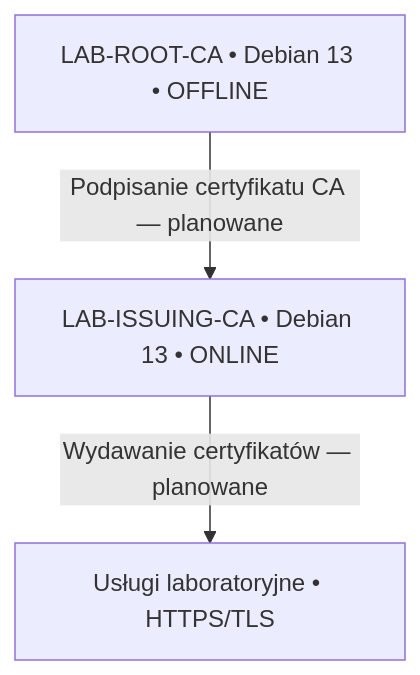
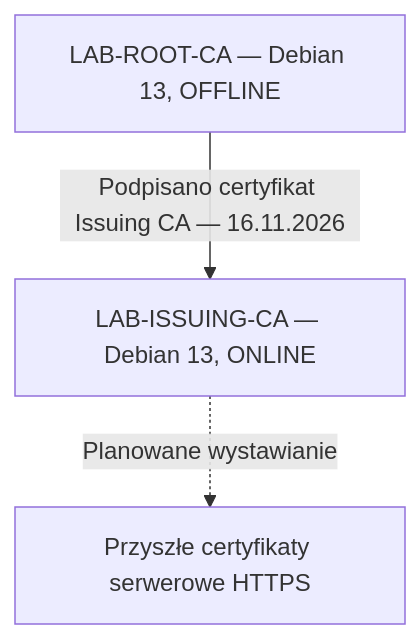
One commit to ctworzewski/home-it-lab changed the diagram in network-security/Certificates/01-Two-Tier-PKI-Deployment/README.md. Above: the diagram before and after it, drawn with Mermaid. The commit also changed other lines of this file and 15 other files, not shown here.

Commit message:
docs(pki): document offline Root CA and Issuing CA deployment

````diff
--- a/network-security/Certificates/01-Two-Tier-PKI-Deployment/README.md
+++ b/network-security/Certificates/01-Two-Tier-PKI-Deployment/README.md
@@ -15,8 +10,8 @@
 ```mermaid
-flowchart TD
-    ROOT["LAB-ROOT-CA • Debian 13 • OFFLINE"]
-    ISS["LAB-ISSUING-CA • Debian 13 • ONLINE"]
-    SRV["Usługi laboratoryjne • HTTPS/TLS"]
-    ROOT -->|"Podpisanie certyfikatu CA — planowane"| ISS
-    ISS -->|"Wydawanie certyfikatów — planowane"| SRV
+flowchart TB
+  ROOT["LAB-ROOT-CA — Debian 13, OFFLINE"]
+  ISS["LAB-ISSUING-CA — Debian 13, ONLINE"]
+  TLS["Przyszłe certyfikaty serwerowe HTTPS"]
+  ROOT -->|"Podpisano certyfikat Issuing CA — 16.11.2026"| ISS
+  ISS -.->|"Planowane wystawianie"| TLS
 ```
````
